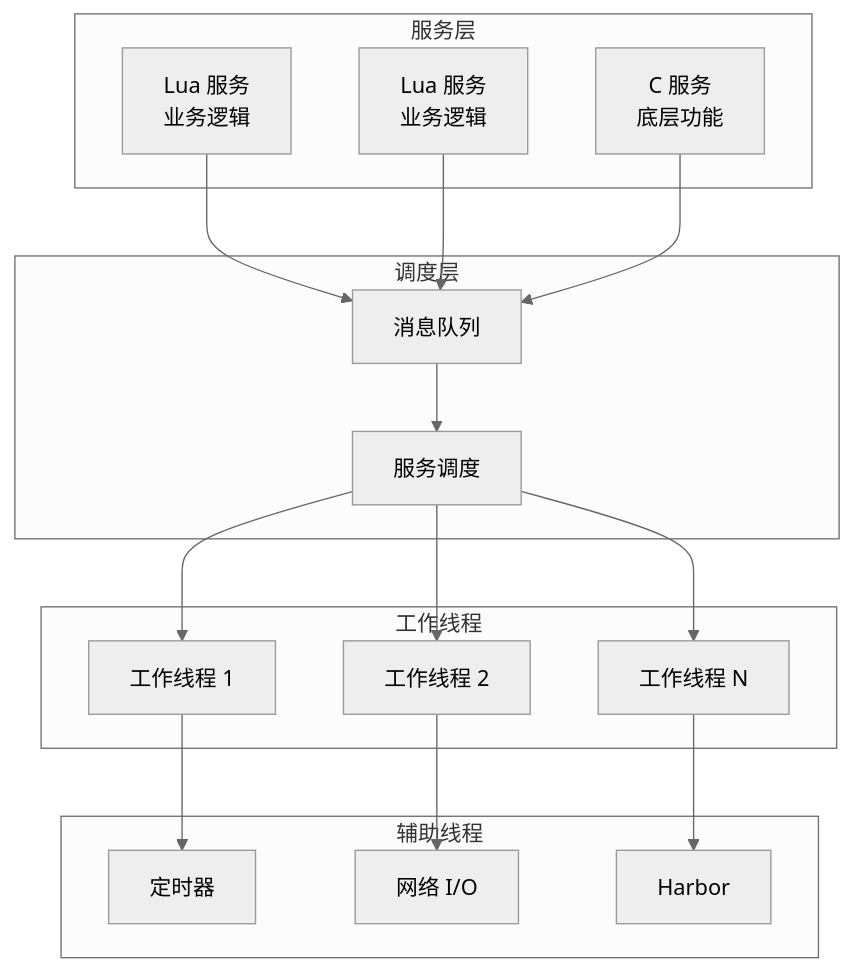
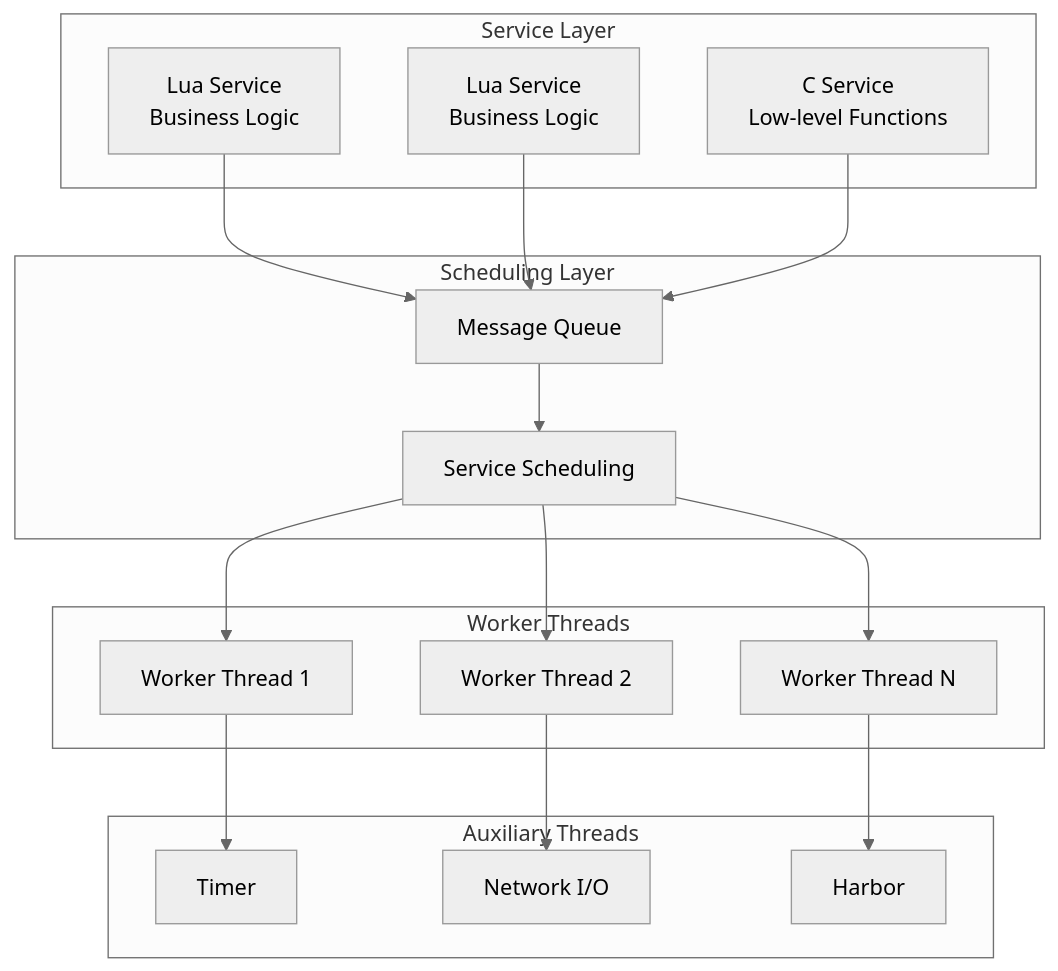
Before and after one commit to cuihairu/skynet: the diagram in docs/getting-started/index.md, drawn with Mermaid (neutral theme). The commit also changed other lines of this file and 86 other files, not shown here.

````diff
--- a/docs/getting-started/index.md
+++ b/docs/getting-started/index.md
@@ -22,36 +22,36 @@
 ```mermaid
 graph TB
-    subgraph 服务层
-        LS1[Lua 服务<br/>业务逻辑]
-        LS2[Lua 服务<br/>业务逻辑]
-        CS[C 服务<br/>底层功能]
+    subgraph Service Layer
+        LS1[Lua Service<br/>Business Logic]
+        LS2[Lua Service<br/>Business Logic]
+        CS[C Service<br/>Low-level Functions]
     end
 
-    subgraph 调度层
-        MQ[消息队列]
-        SS[服务调度]
+    subgraph Scheduling Layer
+        MQ[Message Queue]
+        SS[Service Scheduling]
     end
 
-    subgraph 工作线程
-        W1[工作线程 1]
-        W2[工作线程 2]
-        WN[工作线程 N]
+    subgraph Worker Threads
+        W1[Worker Thread 1]
+        W2[Worker Thread 2]
+        WN[Worker Thread N]
     end
 
-    subgraph 辅助线程
-        T[定时器]
-        IO[网络 I/O]
+    subgraph Auxiliary Threads
+        T[Timer]
+        IO[Network I/O]
         H[Harbor]
     end
 
     LS1 --> MQ
     LS2 --> MQ
     CS --> MQ
     MQ --> SS
     SS --> W1
     SS --> W2
     SS --> WN
     W1 --> T
     W2 --> IO
     WN --> H
 ```
````
